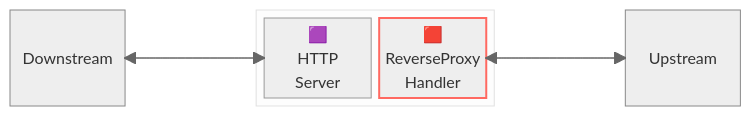
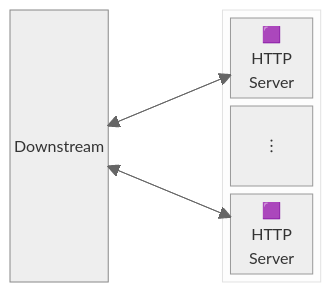
Before and after one commit to aileron-gateway/aileron-gateway: the first of 2 diagrams in examples/vanilla-server/README.md, drawn with Mermaid (neutral theme). The commit also changed other lines of this file and 9 other files, not shown here.

````diff
--- a/examples/vanilla-server/README.md
+++ b/examples/vanilla-server/README.md
@@ -8,21 +10,19 @@
 ```mermaid
 block-beta
-  columns 6
+  columns 3
   Downstream:1
   space:1
-  block:aileron:2
-    HTTPServer["🟪</br>HTTP</br>Server"]
-    ReverseProxyHandler["🟥</br>ReverseProxy</br>Handler"]
+  block:aileron:1
+    columns 1
+    HTTPServer1["🟪</br>HTTP</br>Server"]
+    ︙
+    HTTPServer2["🟪</br>HTTP</br>Server"]
   end
-  space:1
-  Upstream:1
 
-  Downstream --> HTTPServer
-  HTTPServer --> Downstream
-  Upstream --> ReverseProxyHandler
-  ReverseProxyHandler --> Upstream
+  Downstream --> HTTPServer1
+  HTTPServer1 --> Downstream
+    Downstream --> HTTPServer2
+  HTTPServer2 --> Downstream
 
   style Downstream stroke:#888
-  style Upstream stroke:#888
-  style ReverseProxyHandler stroke:#ff6961,stroke-width:2px
 ```
````
